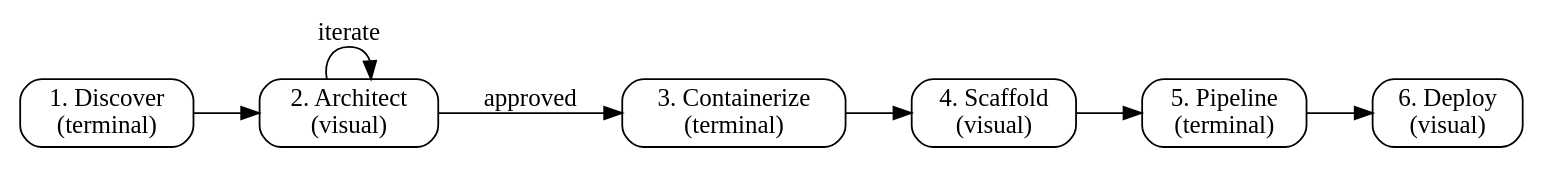
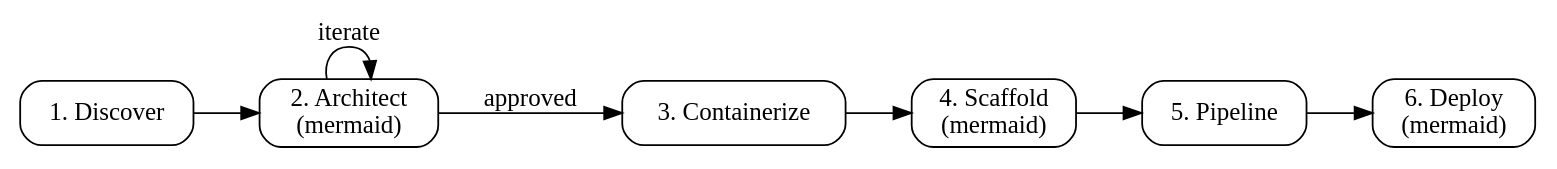
One commit to gambtho/deploy-to-aks-skill changed the diagram in skills/deploy-to-aks/SKILL.md. Above: the diagram before and after it, drawn with Graphviz. The commit also changed other lines of this file and 28 other files, not shown here.

````diff
--- a/skills/deploy-to-aks/SKILL.md
+++ b/skills/deploy-to-aks/SKILL.md
@@ -23,20 +23,20 @@
 ```dot
 digraph deploy_flow {
     rankdir=LR;
     node [shape=box, style=rounded];
 
-    discover [label="1. Discover\n(terminal)"];
-    architect [label="2. Architect\n(visual)"];
-    containerize [label="3. Containerize\n(terminal)"];
-    scaffold [label="4. Scaffold\n(visual)"];
-    pipeline [label="5. Pipeline\n(terminal)"];
-    deploy [label="6. Deploy\n(visual)"];
+    discover [label="1. Discover"];
+    architect [label="2. Architect\n(mermaid)"];
+    containerize [label="3. Containerize"];
+    scaffold [label="4. Scaffold\n(mermaid)"];
+    pipeline [label="5. Pipeline"];
+    deploy [label="6. Deploy\n(mermaid)"];
 
     discover -> architect;
     architect -> containerize [label="approved"];
     architect -> architect [label="iterate"];
     containerize -> scaffold;
     scaffold -> pipeline;
     pipeline -> deploy;
 }
 ```
````
